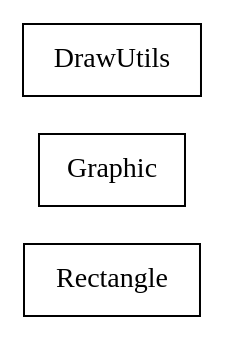
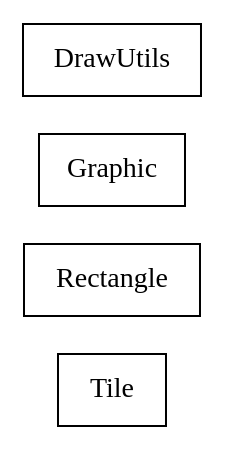
The diagram in docs/com/sekati/draw/classes.dot (sekati/sasapi), drawn with Graphviz before and after one commit. The commit also changed 52 other files, not shown here.

```diff
--- a/docs/com/sekati/draw/classes.dot
+++ b/docs/com/sekati/draw/classes.dot
@@ -1,21 +1,27 @@
 strict digraph class_diagram {
   rankdir=LR;
+  TypeTile[
+    label="Tile",
+    URL="Tile.html",
+    tooltip="com.sekati.draw.Tile",
+    shape="record"
+  ];
   TypeRectangle[
     label="Rectangle",
     URL="Rectangle.html",
     tooltip="com.sekati.draw.Rectangle",
     shape="record"
   ];
   TypeGraphic[
     label="Graphic",
     URL="Graphic.html",
     tooltip="com.sekati.draw.Graphic",
     shape="record"
   ];
   TypeDrawUtils[
     label="DrawUtils",
     URL="DrawUtils.html",
     tooltip="com.sekati.draw.DrawUtils",
     shape="record"
   ];
 }
```
